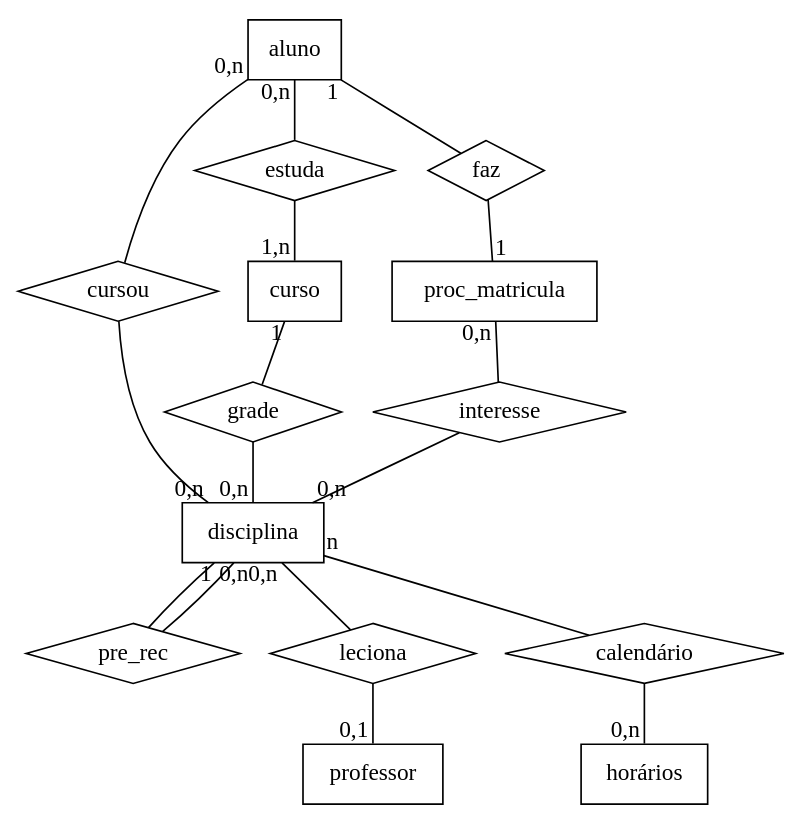
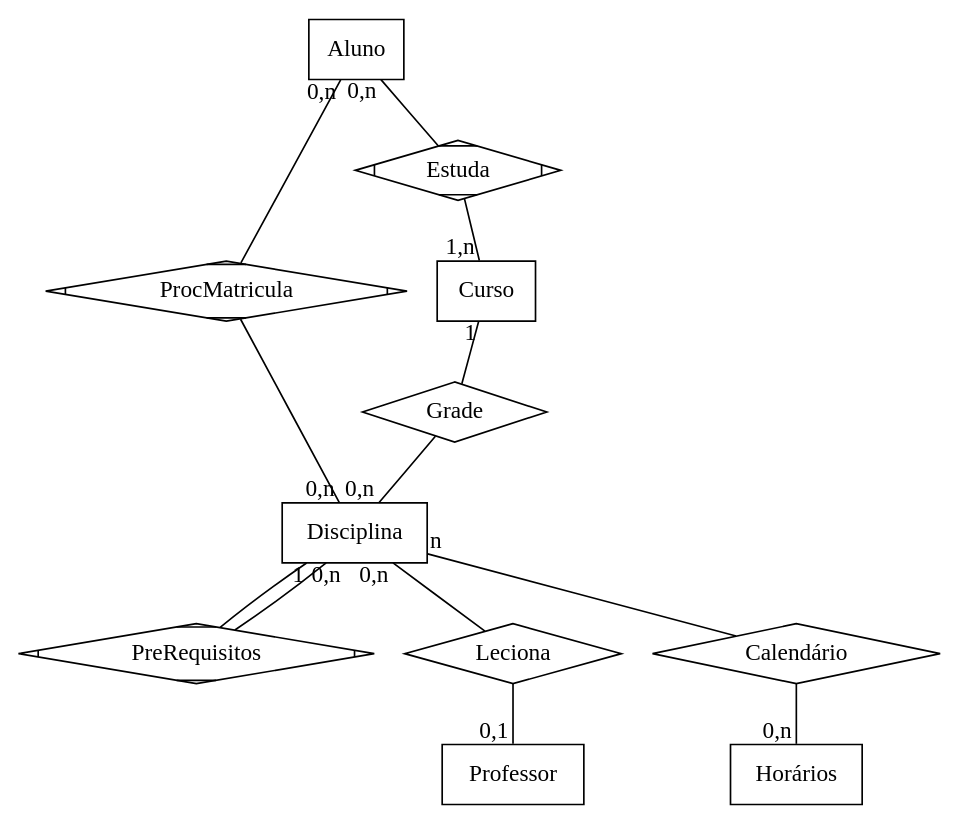
One commit to mbauer90/BCD changed the diagram in diagramaER.dot. Above: the diagram before and after it, drawn with Graphviz.

Commit message:
Estrutura alterada
Conforme criação do modelo relacional, foi alterado o diagramaER.

```diff
--- a/diagramaER.dot
+++ b/diagramaER.dot
@@ -1,37 +1,32 @@
 graph diagramaER {
 
 	//ENTIDADES
-	aluno [shape=record]
-	disciplina [shape=record]
-	professor [shape=record]
-	curso [shape=record]
-	horários[shape=record]
-	proc_matricula [shape=record]
+	Aluno [shape=record]
+	Disciplina [shape=record]
+	Professor [shape=record]
+	Curso [shape=record]
+	Horários[shape=record]
+	//Proc_matricula [shape=record]
 
 
 	//RELACIONAMENTOS
-	cursou [shape=diamond]
-	pre_rec [shape=diamond]
-	leciona [shape=diamond]
-	grade [shape=diamond]
-	calendário [shape=diamond]
-	interesse [shape=diamond]
-	estuda [shape=diamond]
-	faz [shape=diamond]
+	ProcMatricula [shape=Mdiamond]
+	PreRequisitos [shape=Mdiamond]
+	Leciona [shape=diamond]
+	Grade [shape=diamond]
+	Calendário [shape=diamond]
+	Estuda [shape=Mdiamond]
 
 
 	//LIGAÇOES
-	aluno -- cursou [taillabel = "0,n"] 				cursou -- disciplina [headlabel = "0,n"]
-	aluno -- faz [taillabel = "1"]	 				faz -- proc_matricula [headlabel = "1"]
-	aluno -- estuda [taillabel = "0,n"] 				estuda -- curso [headlabel = "1,n"]
-	curso -- grade 	[taillabel = "1"]				grade -- disciplina [headlabel = "0,n"]
-	disciplina -- leciona [taillabel = "0,n"]			leciona -- professor [headlabel = "0,1"]
-	disciplina -- pre_rec [taillabel = "1"] 			pre_rec -- disciplina [headlabel = "0,n"]
-	disciplina -- calendário [taillabel = "n"]			calendário -- horários [headlabel = "0,n"]
-	proc_matricula -- interesse [taillabel = "0,n"]			interesse -- disciplina [headlabel = "0,n"]
-
+	Aluno -- ProcMatricula [taillabel = "0,n"] 			ProcMatricula -- Disciplina [headlabel = "0,n"]
+	Aluno -- Estuda [taillabel = "0,n"] 				Estuda -- Curso [headlabel = "1,n"]
+	Curso -- Grade 	[taillabel = "1"]				Grade -- Disciplina [headlabel = "0,n"]
+	Disciplina -- Leciona [taillabel = "0,n"]			Leciona -- Professor [headlabel = "0,1"]
+	Disciplina -- PreRequisitos [taillabel = "1"] 			PreRequisitos -- Disciplina [headlabel = "0,n"]
+	Disciplina -- Calendário [taillabel = "n"]			Calendário -- Horários [headlabel = "0,n"]
 
 }
 
 //neato -Tpng diagramaER.dot -o diagramaER.png
 //dot -Tpng diagramaER.dot -o diagramaER.png
```
